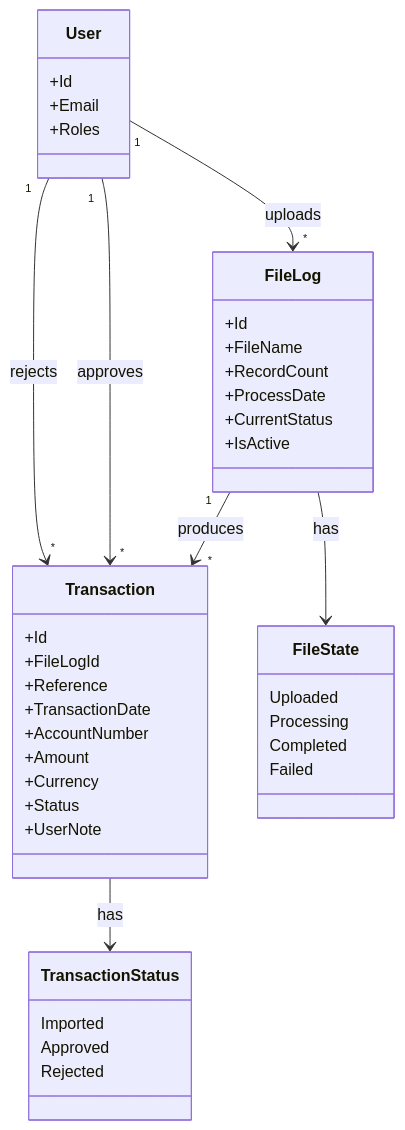
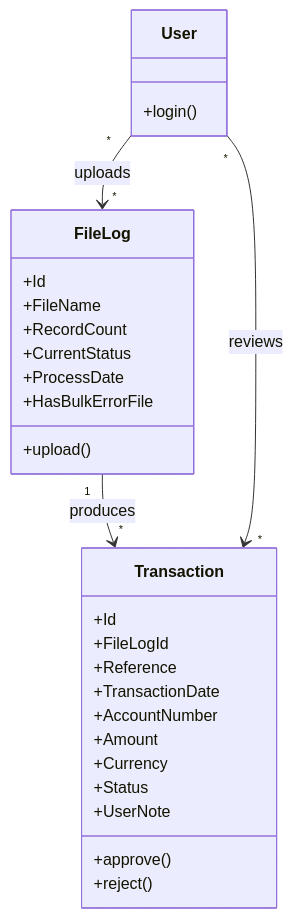
Before and after one commit to rodenacker/requirements-generator: the diagram in requirements/requirements.md, drawn with Mermaid. The commit also changed other lines of this file and 19 other files, not shown here.

````diff
--- a/requirements/requirements.md
+++ b/requirements/requirements.md
@@ -66,44 +114,31 @@
 ```mermaid
 classDiagram
     class FileLog {
       +Id
       +FileName
       +RecordCount
+      +CurrentStatus
       +ProcessDate
-      +CurrentStatus
-      +IsActive
+      +HasBulkErrorFile
+      +upload()
     }
     class Transaction {
       +Id
       +FileLogId
       +Reference
       +TransactionDate
       +AccountNumber
       +Amount
       +Currency
       +Status
       +UserNote
+      +approve()
+      +reject()
     }
     class User {
-      +Id
-      +Email
-      +Roles
+      +login()
     }
-    class FileState {
-      Uploaded
-      Processing
-      Completed
-      Failed
-    }
-    class TransactionStatus {
-      Imported
-      Approved
-      Rejected
-    }
-    User "1" --> "*" FileLog : uploads
     FileLog "1" --> "*" Transaction : produces
-    User "1" --> "*" Transaction : approves
-    User "1" --> "*" Transaction : rejects
-    FileLog --> FileState : has
-    Transaction --> TransactionStatus : has
+    User "*" --> "*" Transaction : reviews
+    User "*" --> "*" FileLog : uploads
 ```
````
